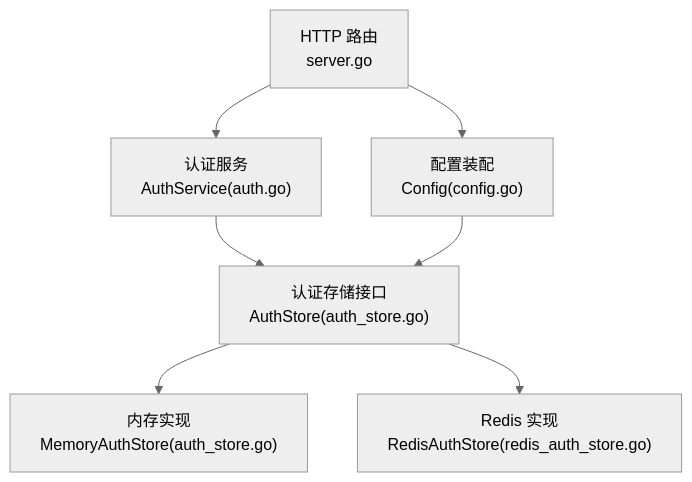
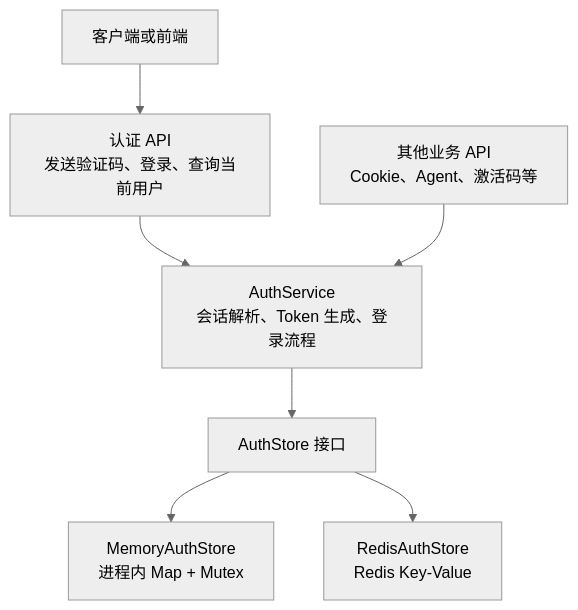
The first of 11 diagrams in .qoder/repowiki/zh/content/云端后端服务/用户认证系统/会话管理机制.md (alvinwangzi/goodhr), drawn with Mermaid (neutral theme) before and after one commit. The commit also changed other lines of this file and 149 other files, not shown here.

````diff
--- a/.qoder/repowiki/zh/content/云端后端服务/用户认证系统/会话管理机制.md
+++ b/.qoder/repowiki/zh/content/云端后端服务/用户认证系统/会话管理机制.md
@@ -30,9 +47,9 @@
 ```mermaid
 graph TB
-A["HTTP 路由<br/>server.go"] --> B["认证服务<br/>AuthService(auth.go)"]
-B --> C["认证存储接口<br/>AuthStore(auth_store.go)"]
-C --> D["内存实现<br/>MemoryAuthStore(auth_store.go)"]
-C --> E["Redis 实现<br/>RedisAuthStore(redis_auth_store.go)"]
-A --> F["配置装配<br/>Config(config.go)"]
-F --> C
+Client["客户端或前端"] --> AuthAPI["认证 API<br/>发送验证码、登录、查询当前用户"]
+AuthAPI --> AuthService["AuthService<br/>会话解析、Token 生成、登录流程"]
+AuthService --> AuthStore["AuthStore 接口"]
+AuthStore --> MemoryStore["MemoryAuthStore<br/>进程内 Map + Mutex"]
+AuthStore --> RedisStore["RedisAuthStore<br/>Redis Key-Value"]
+OtherAPI["其他业务 API<br/>Cookie、Agent、激活码等"] --> AuthService
 ```
````
